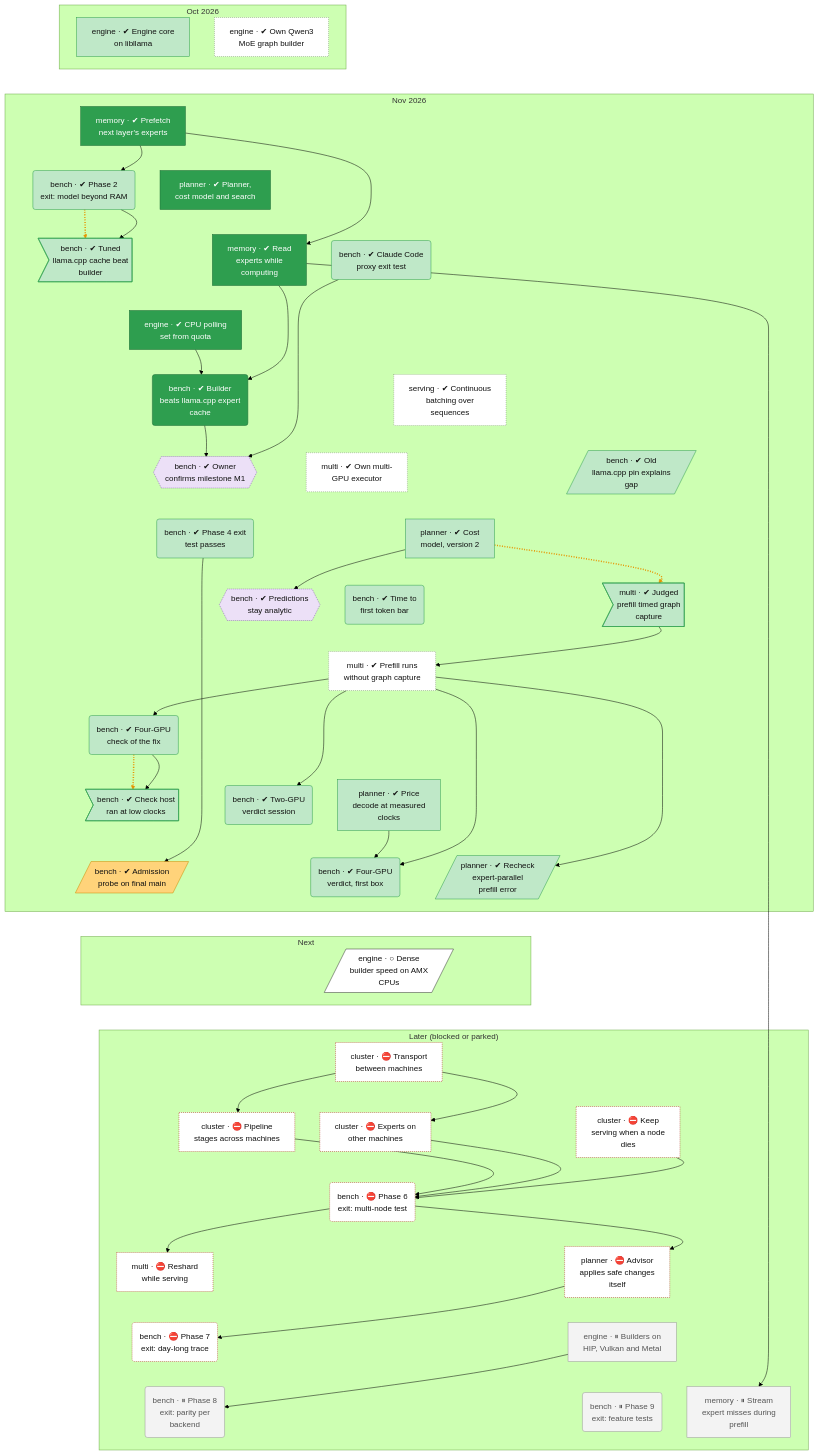
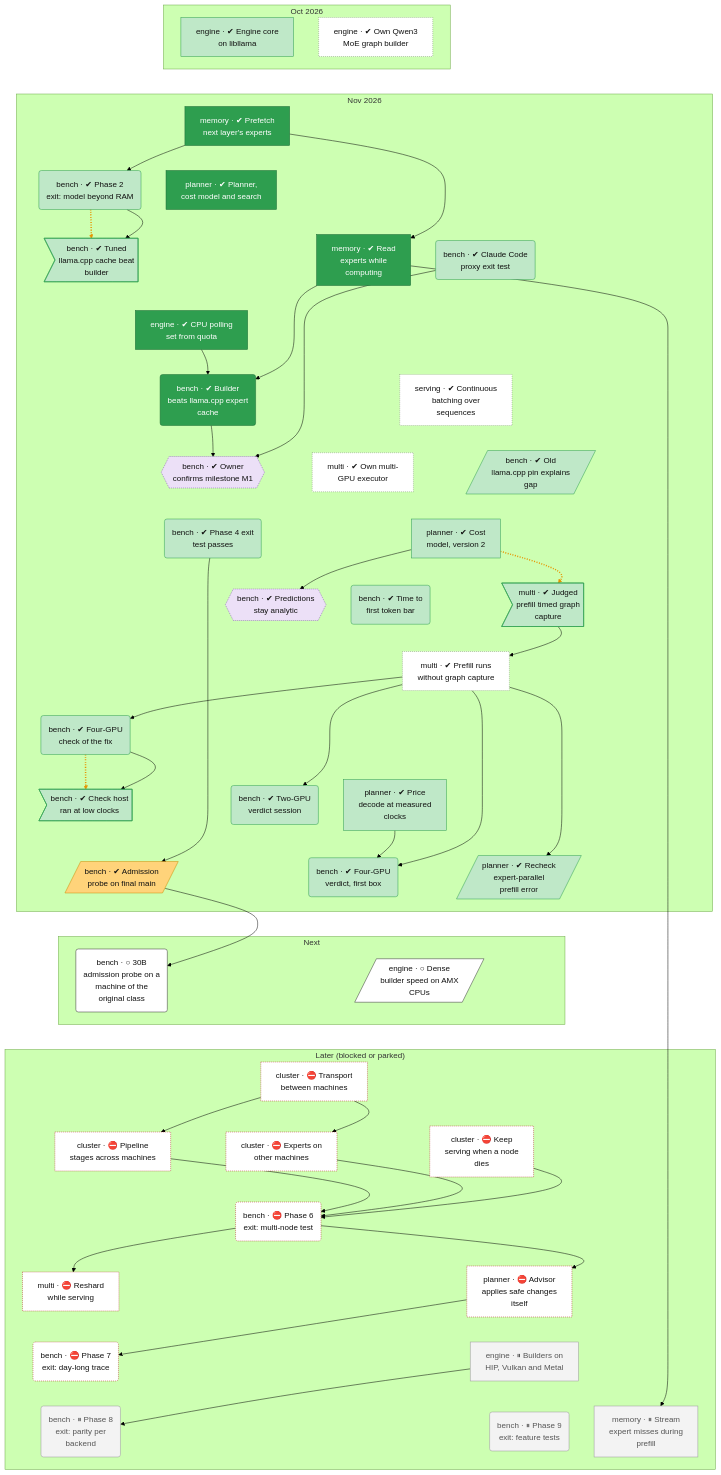
One commit to lhns/tetraeder changed the second of 2 diagrams in docs/roadmap.md. Above: the diagram before and after it, drawn with Mermaid (forest theme). The commit also changed other lines of this file and 4 other files, not shown here.

Commit message:
D2a: the 30B ratios are not evidence (baseline slower on a different machine under host 49107); node bench-d2a-30b for one 30B-only session

````diff
--- a/docs/roadmap.md
+++ b/docs/roadmap.md
@@ -133,6 +133,7 @@
         planner_ep_prefill_recheck[/"planner · ✔ Recheck<br/>expert-parallel<br/>prefill error"/]
     end
     subgraph bd_2["Next"]
+        bench_d2a_30b("bench · ○ 30B<br/>admission probe on a<br/>machine of the<br/>original class")
         engine_dense_amx[/"engine · ○ Dense<br/>builder speed on AMX<br/>CPUs"/]
     end
     subgraph bd_3["Later (blocked or parked)"]
@@ -180,9 +181,10 @@
     bench_defect_s3f2_clock ~~~ bench_d2a_probe
     bench_v2_verdict ~~~ bench_v4a_verdict
     planner_cost_model_v5 ~~~ planner_ep_prefill_recheck
-    bench_d2a_probe ~~~ engine_dense_amx
+    bench_d2a_probe ~~~ bench_d2a_30b
     bench_v4a_verdict ~~~ engine_dense_amx
     planner_ep_prefill_recheck ~~~ engine_dense_amx
+    bench_d2a_30b ~~~ cluster_transport
     engine_dense_amx ~~~ cluster_transport
     cluster_transport ~~~ cluster_pipeline_nodes
     cluster_transport ~~~ cluster_experts_nodes
@@ -216,6 +218,7 @@
     planner_cost_model_v5 --> bench_v4a_verdict
     multi_prefill_no_capture --> bench_v4a_verdict
     multi_prefill_no_capture --> planner_ep_prefill_recheck
+    bench_d2a_probe --> bench_d2a_30b
     cluster_transport --> cluster_pipeline_nodes
     cluster_transport --> cluster_experts_nodes
     cluster_pipeline_nodes --> bench_phase6_exit
@@ -226,7 +229,7 @@
     planner_advisor_auto --> bench_phase7_exit
     engine_backend_parity --> bench_phase8_exit
     memory_io_service --> memory_prefill_misses
-    linkStyle 49,56,60 stroke:#e69500,stroke-width:3px,stroke-dasharray:2 3
+    linkStyle 50,57,61 stroke:#e69500,stroke-width:3px,stroke-dasharray:2 3
     classDef vsucc fill:#2e9e4f,stroke:#1b6b34,color:#fff
     classDef succ fill:#bfe8c8,stroke:#2e9e4f,color:#111
     classDef mixed fill:#ffd37a,stroke:#c98a00,color:#111
@@ -246,7 +249,7 @@
     class engine_cpu_poll,memory_prefetch,memory_io_service,planner_core,bench_m1_point1 vsucc
     class bench_owner_m1,bench_owner_analytic decided
     class bench_d2a_probe mixed
+    class bench_d2a_30b,engine_dense_amx next
     class cluster_transport,cluster_pipeline_nodes,cluster_experts_nodes,cluster_failover,bench_phase6_exit,multi_live_reshard,planner_advisor_auto,bench_phase7_exit blocked
     class engine_backend_parity,bench_phase8_exit,bench_phase9_exit,memory_prefill_misses parked
-    class engine_dense_amx next
 ```
````
